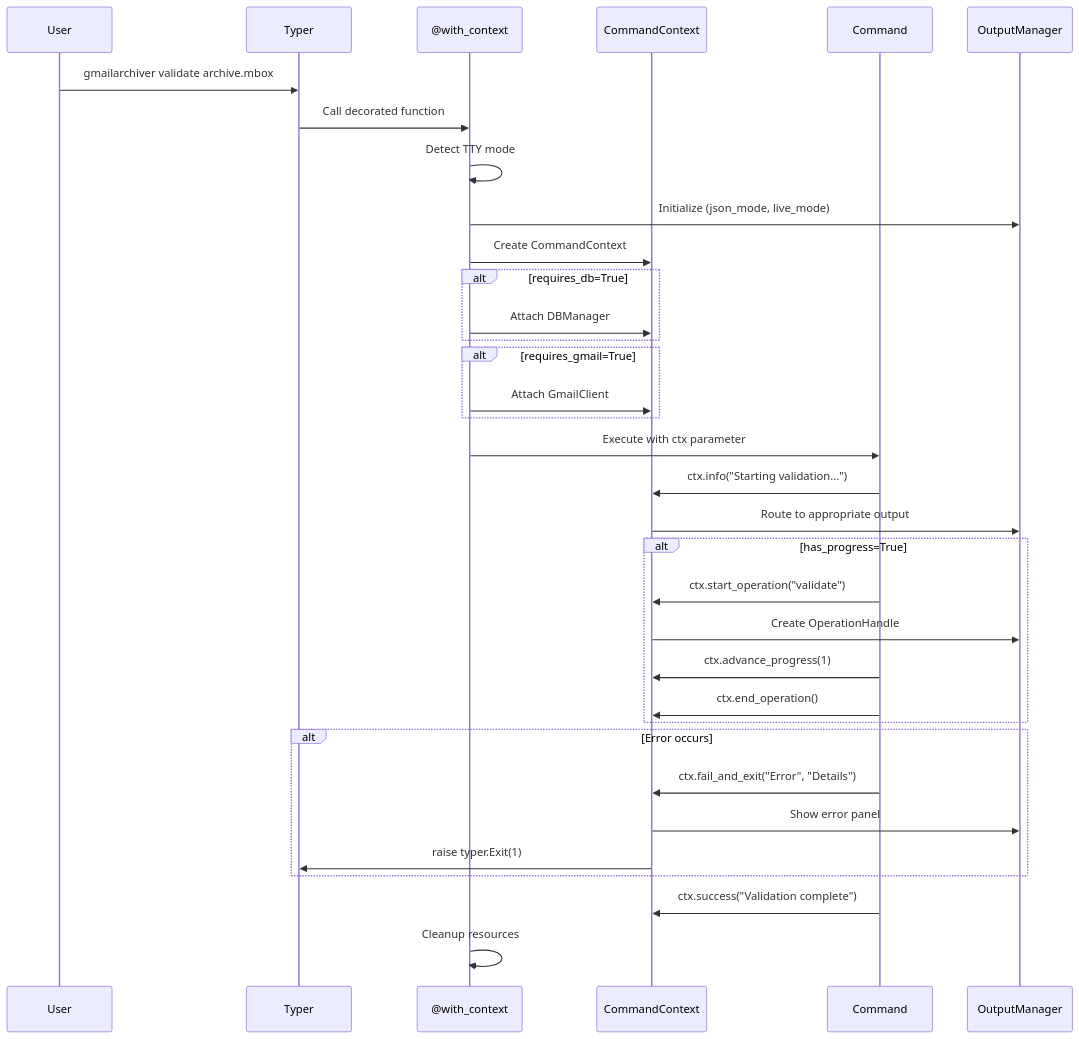
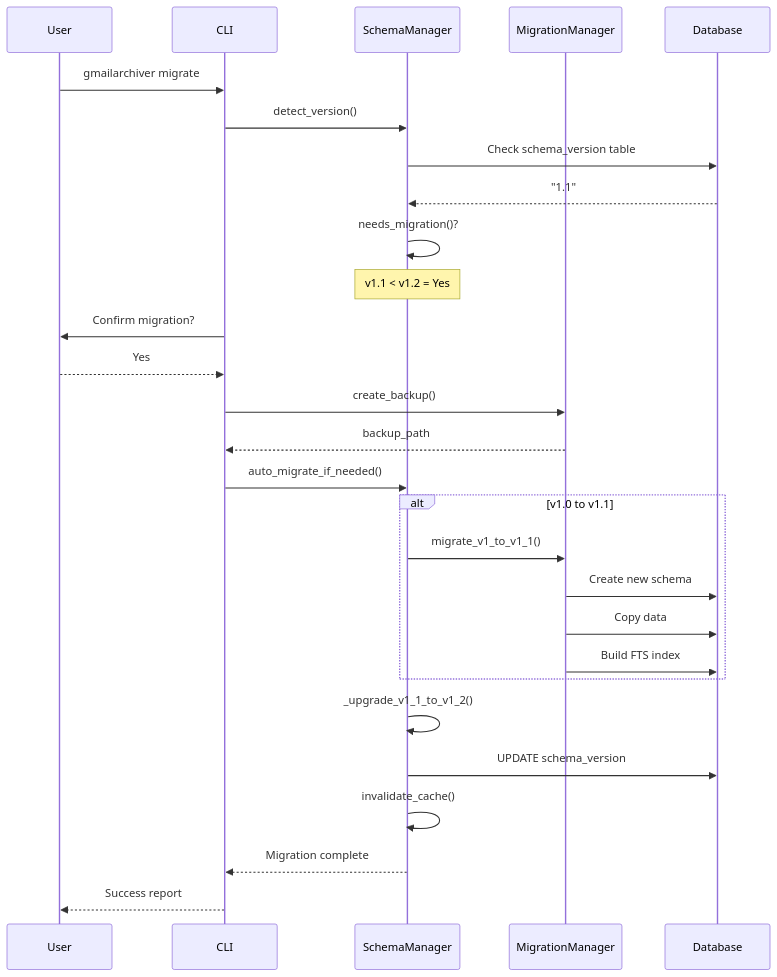
Diagram 13 of 23 in docs/ARCHITECTURE.md (tumma72/GMailArchiver), drawn with Mermaid before and after one commit. The commit also changed other lines of this file and 2 other files, not shown here.

First line of the commit message:
docs: Restructure architecture docs with layer organization

````diff
--- a/docs/ARCHITECTURE.md
+++ b/docs/ARCHITECTURE.md
@@ -1052,43 +571,39 @@
 ```mermaid
 sequenceDiagram
     participant User
-    participant Typer
-    participant Decorator as @with_context
-    participant Context as CommandContext
-    participant Command
-    participant OutputManager
+    participant CLI
+    participant SM as SchemaManager
+    participant MM as MigrationManager
+    participant DB as Database
 
-    User->>Typer: gmailarchiver validate archive.mbox
-    Typer->>Decorator: Call decorated function
-    Decorator->>Decorator: Detect TTY mode
-    Decorator->>OutputManager: Initialize (json_mode, live_mode)
-    Decorator->>Context: Create CommandContext
+    User->>CLI: gmailarchiver migrate
+    CLI->>SM: detect_version()
+    SM->>DB: Check schema_version table
+    DB-->>SM: "1.1"
 
-    alt requires_db=True
-        Decorator->>Context: Attach DBManager
+    SM->>SM: needs_migration()?
+    Note over SM: v1.1 < v1.2 = Yes
+
+    CLI->>User: Confirm migration?
+    User-->>CLI: Yes
+
+    CLI->>MM: create_backup()
+    MM-->>CLI: backup_path
+
+    CLI->>SM: auto_migrate_if_needed()
+
+    alt v1.0 to v1.1
+        SM->>MM: migrate_v1_to_v1_1()
+        MM->>DB: Create new schema
+        MM->>DB: Copy data
+        MM->>DB: Build FTS index
     end
 
-    alt requires_gmail=True
-        Decorator->>Context: Attach GmailClient
-    end
+    SM->>SM: _upgrade_v1_1_to_v1_2()
+    SM->>DB: UPDATE schema_version
 
-    Decorator->>Command: Execute with ctx parameter
-    Command->>Context: ctx.info("Starting validation...")
-    Context->>OutputManager: Route to appropriate output
+    SM->>SM: invalidate_cache()
+    SM-->>CLI: Migration complete
 
-    alt has_progress=True
-        Command->>Context: ctx.start_operation("validate")
-        Context->>OutputManager: Create OperationHandle
-        Command->>Context: ctx.advance_progress(1)
-        Command->>Context: ctx.end_operation()
-    end
-
-    alt Error occurs
-        Command->>Context: ctx.fail_and_exit("Error", "Details")
-        Context->>OutputManager: Show error panel
-        Context->>Typer: raise typer.Exit(1)
-    end
-
-    Command->>Context: ctx.success("Validation complete")
-    Decorator->>Decorator: Cleanup resources
+    CLI-->>User: Success report
 ```
````
